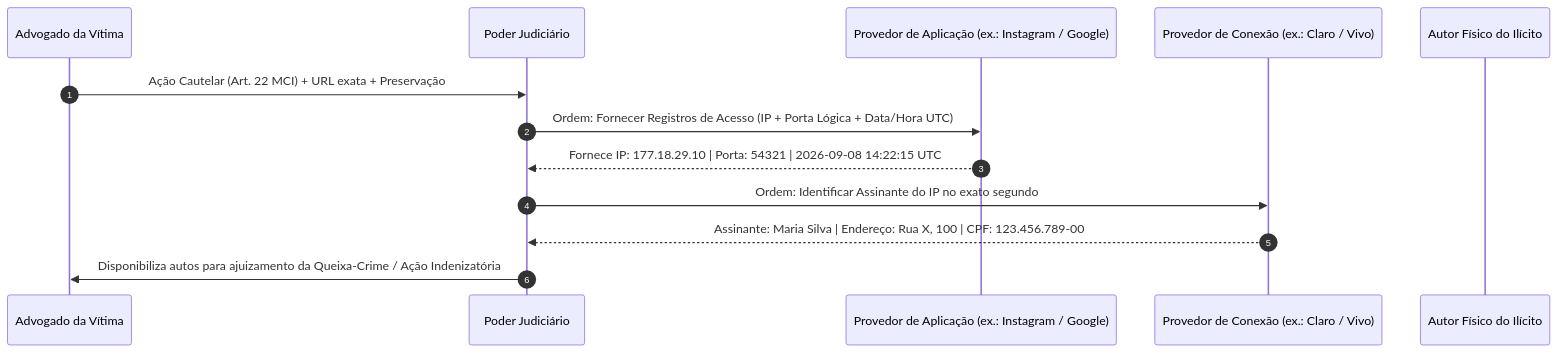
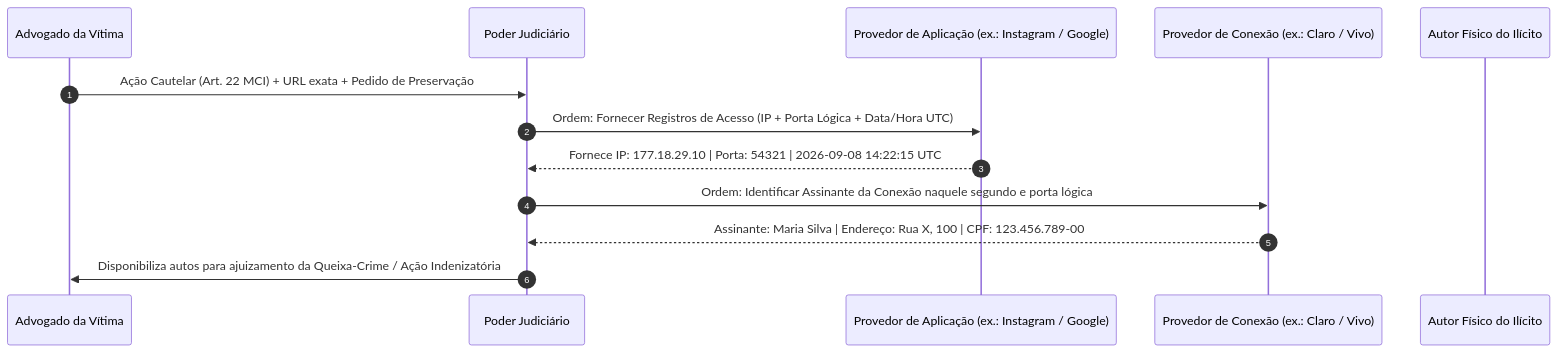
One commit to prof-ramos/osint_advogados changed the diagram in livro/parte_4_aplicacoes_juridicas_praticas/cap_20_ilicitos_ciberneticos_atribuicao_redes.md. Above: the diagram before and after it, drawn with Mermaid. The commit also changed other lines of this file and 5 other files, not shown here.

````diff
--- a/livro/parte_4_aplicacoes_juridicas_praticas/cap_20_ilicitos_ciberneticos_atribuicao_redes.md
+++ b/livro/parte_4_aplicacoes_juridicas_praticas/cap_20_ilicitos_ciberneticos_atribuicao_redes.md
@@ -19,16 +25,16 @@
 ```mermaid
 sequenceDiagram
     autonumber
     participant Advogado as Advogado da Vítima
     participant Juiz as Poder Judiciário
     participant ProvedorApp as Provedor de Aplicação (ex.: Instagram / Google)
     participant ProvedorCon as Provedor de Conexão (ex.: Claro / Vivo)
     participant Autor as Autor Físico do Ilícito
 
-    Advogado->>Juiz: Ação Cautelar (Art. 22 MCI) + URL exata + Preservação
+    Advogado->>Juiz: Ação Cautelar (Art. 22 MCI) + URL exata + Pedido de Preservação
     Juiz->>ProvedorApp: Ordem: Fornecer Registros de Acesso (IP + Porta Lógica + Data/Hora UTC)
     ProvedorApp-->>Juiz: Fornece IP: 177.18.29.10 | Porta: 54321 | 2026-09-08 14:22:15 UTC
-    Juiz->>ProvedorCon: Ordem: Identificar Assinante do IP no exato segundo
+    Juiz->>ProvedorCon: Ordem: Identificar Assinante da Conexão naquele segundo e porta lógica
     ProvedorCon-->>Juiz: Assinante: Maria Silva | Endereço: Rua X, 100 | CPF: 123.456.789-00
     Juiz->>Advogado: Disponibiliza autos para ajuizamento da Queixa-Crime / Ação Indenizatória
 ```
````
